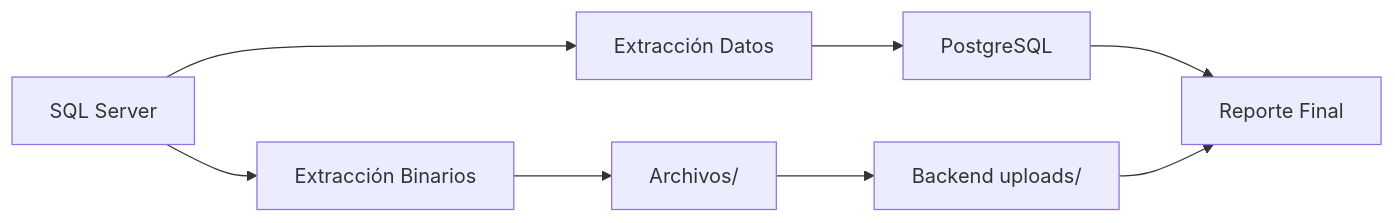
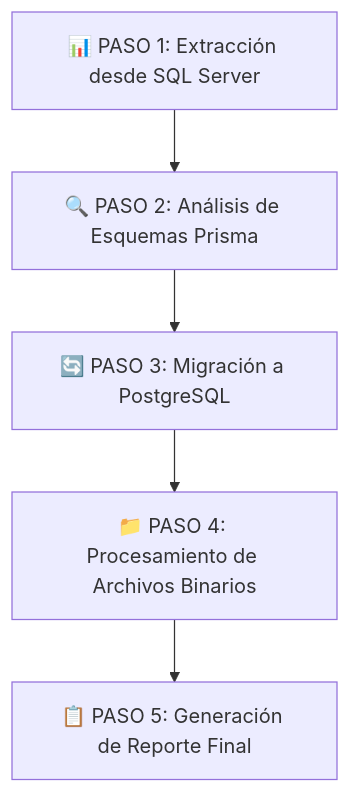
The diagram in README.md (GuillermoTorresRenner/etl-sibne), drawn with Mermaid before and after one commit. The commit also changed other lines of this file and 56 other files, not shown here.

````diff
--- a/README.md
+++ b/README.md
@@ -21,10 +125,7 @@
 ```mermaid
-graph LR
-    A[SQL Server] --> B[Extracción Datos]
-    A --> C[Extracción Binarios]
-    B --> D[PostgreSQL]
-    C --> E[Archivos/]
-    E --> F[Backend uploads/]
-    D --> G[Reporte Final]
-    F --> G
+graph TD
+    A[📊 PASO 1: Extracción desde SQL Server] --> B[🔍 PASO 2: Análisis de Esquemas Prisma]
+    B --> C[🔄 PASO 3: Migración a PostgreSQL]
+    C --> D[📁 PASO 4: Procesamiento de Archivos Binarios]
+    D --> E[📋 PASO 5: Generación de Reporte Final]
 ```
````
